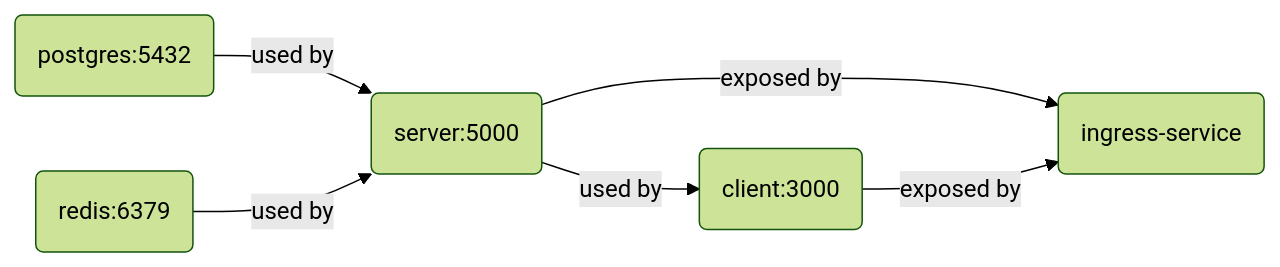
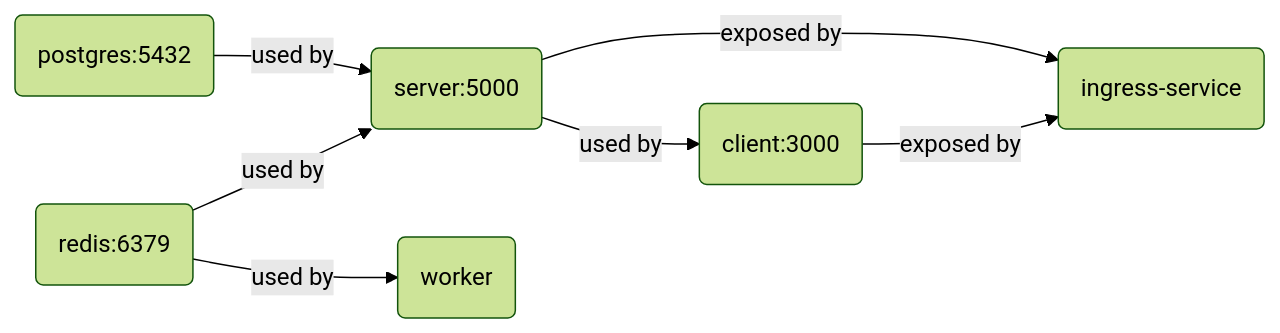
One commit to BrockMarekins/multi-k8s changed the seventh of 7 diagrams in README.md. Above: the diagram before and after it, drawn with Mermaid (forest theme). The commit also changed other lines of this file and 1 other file, not shown here.

Commit message:
Add worker service (#12)

````diff
--- a/README.md
+++ b/README.md
@@ -71,14 +81,16 @@
 ```mermaid
 graph LR
 A(postgres:5432) 
 B(redis:6379)
 C(server:5000)
 D(client:3000)
 E(ingress-service)
+F(worker)
 
 A -- used by --> C
 B -- used by --> C
 C -- used by --> D
 C -- exposed by --> E
 D -- exposed by --> E
+B -- used by --> F
 ```
````
